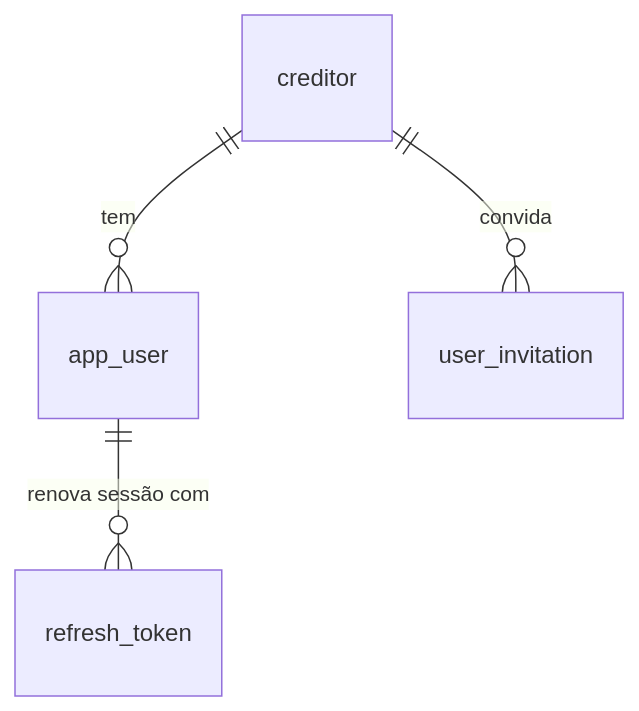
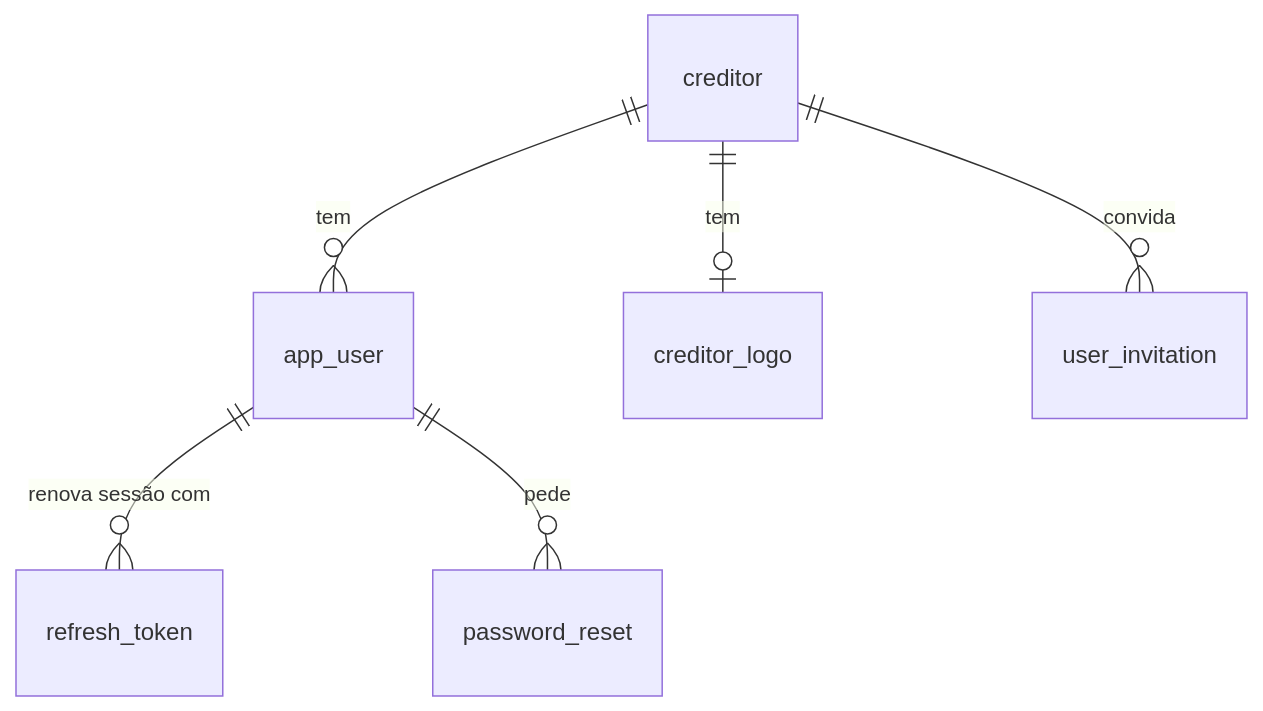
One commit to quita-app/quita-docs changed the second of 6 diagrams in docs/lld/database.md. Above: the diagram before and after it, drawn with Mermaid. The commit also changed other lines of this file and 33 other files, not shown here.

````diff
--- a/docs/lld/database.md
+++ b/docs/lld/database.md
@@ -121,6 +122,8 @@
 ```mermaid
 erDiagram
   creditor ||--o{ app_user : "tem"
+  creditor ||--o| creditor_logo : "tem"
   creditor ||--o{ user_invitation : "convida"
   app_user ||--o{ refresh_token : "renova sessão com"
+  app_user ||--o{ password_reset : "pede"
 ```
````
